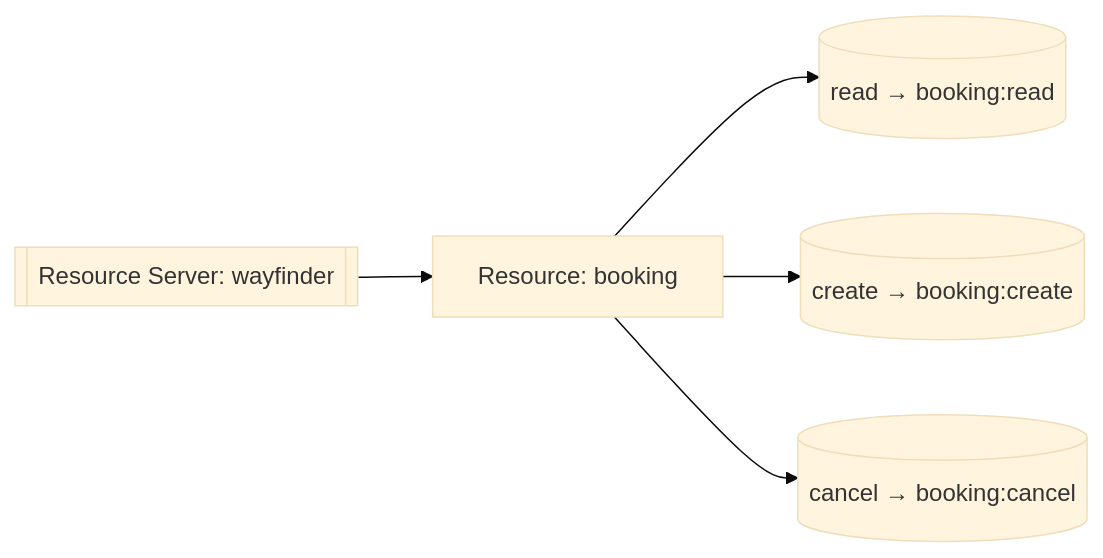
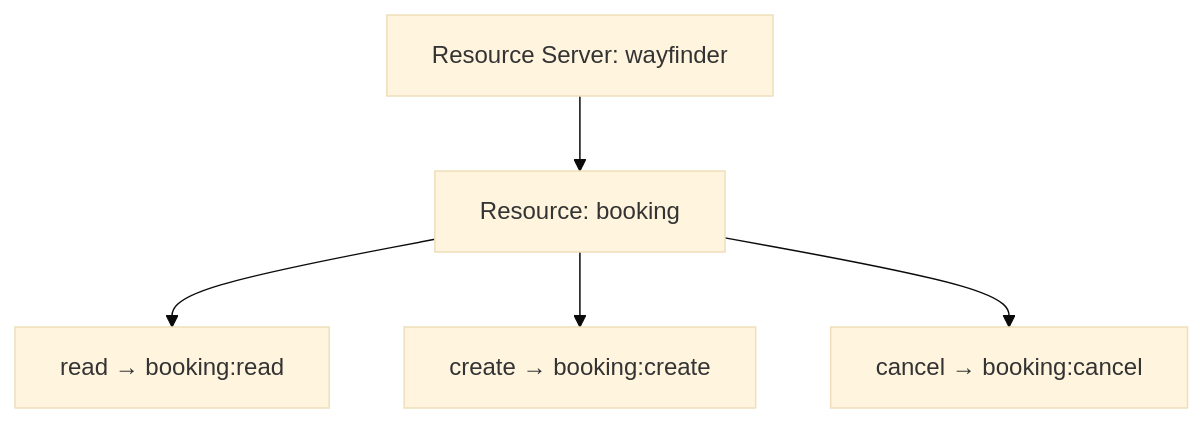
Before and after one commit to thiva-k/thunder: the first of 3 diagrams in docs/versioned_docs/version-v1.0.x/use-cases/b2c/build-access.mdx, drawn with Mermaid (base theme). The commit also changed other lines of this file and 17 other files, not shown here.

````diff
--- a/docs/versioned_docs/version-v1.0.x/use-cases/b2c/build-access.mdx
+++ b/docs/versioned_docs/version-v1.0.x/use-cases/b2c/build-access.mdx
@@ -27,7 +27,7 @@
 ```mermaid
-flowchart LR
-  rs[["Resource Server: wayfinder"]] --> res["Resource: booking"]
-  res --> p1[("read → booking:read")]
-  res --> p2[("create → booking:create")]
-  res --> p3[("cancel → booking:cancel")]
+flowchart TD
+  rs["Resource Server: wayfinder"] --> res["Resource: booking"]
+  res --> p1["read → booking:read"]
+  res --> p2["create → booking:create"]
+  res --> p3["cancel → booking:cancel"]
 ```
````
